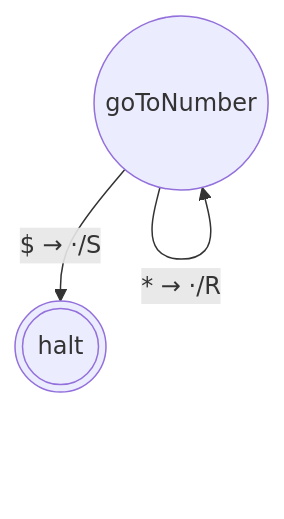
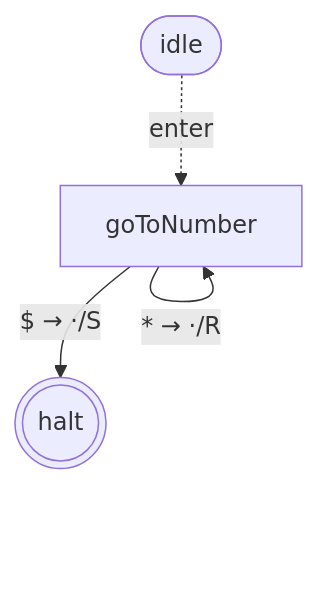
Before and after one commit to mellonis/turing-machine-js: the first of 10 diagrams in packages/library-binary-numbers/states.md, drawn with Mermaid. The commit also changed other lines of this file and 5 other files, not shown here.

````diff
--- a/packages/library-binary-numbers/states.md
+++ b/packages/library-binary-numbers/states.md
@@ -7,8 +7,10 @@
 ```mermaid
 flowchart TD
 %% alphabets: [[" ","^","$","0","1"]]
   s0(((halt)))
-  s1(("goToNumber"))
+  s1["goToNumber"]
+  idle([idle])
+  idle -. enter .-> s1
   s1 -- "$ → ·/S" --> s0
   s1 -- "* → ·/R" --> s1
 ```
````
